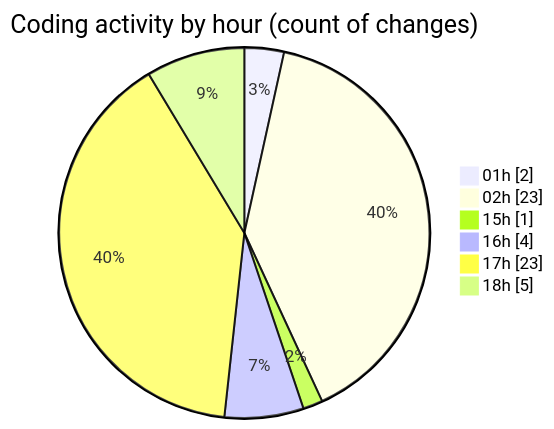
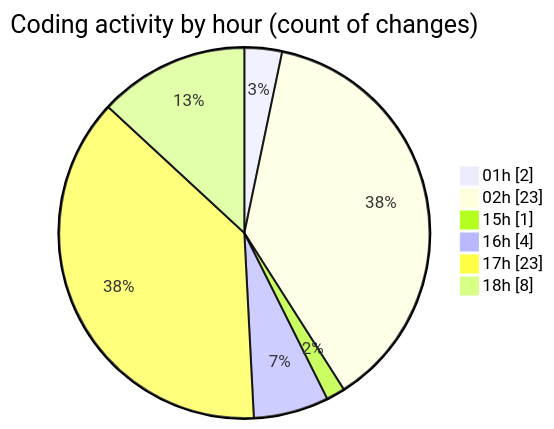
One commit to mevix1/code-tracking changed the second of 2 diagrams in 2025-10-01/open-health/README.md. Above: the diagram before and after it, drawn with Mermaid. The commit also changed other lines of this file and 1 other file, not shown here.

````diff
--- a/2025-10-01/open-health/README.md
+++ b/2025-10-01/open-health/README.md
@@ -64,10 +67,10 @@
 ```mermaid
 pie showData
 title Coding activity by hour (count of changes)
 "01h" : 2
 "02h" : 23
 "15h" : 1
 "16h" : 4
 "17h" : 23
-"18h" : 5
+"18h" : 8
 ```
````
